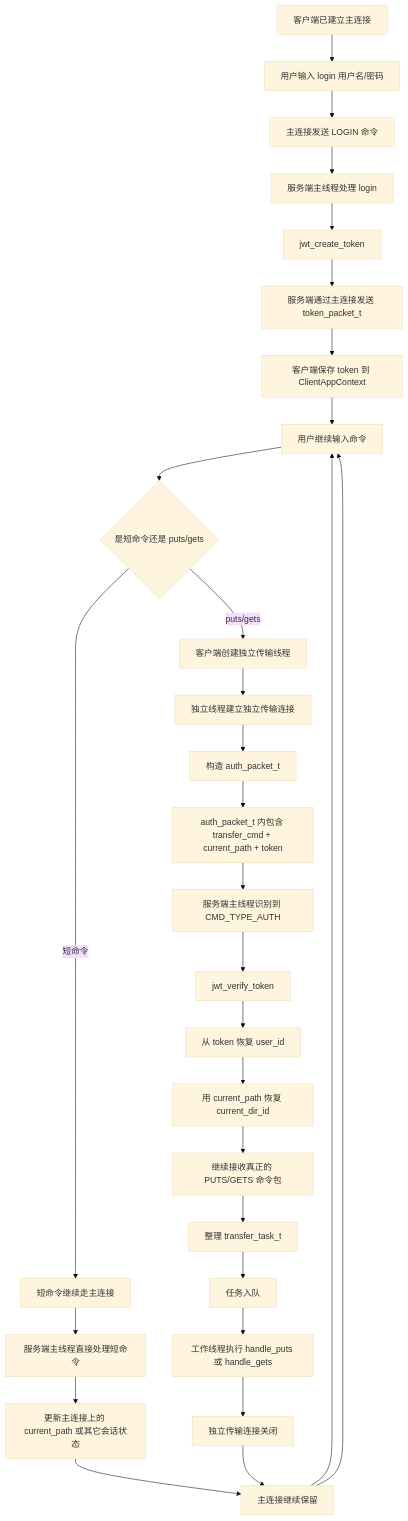
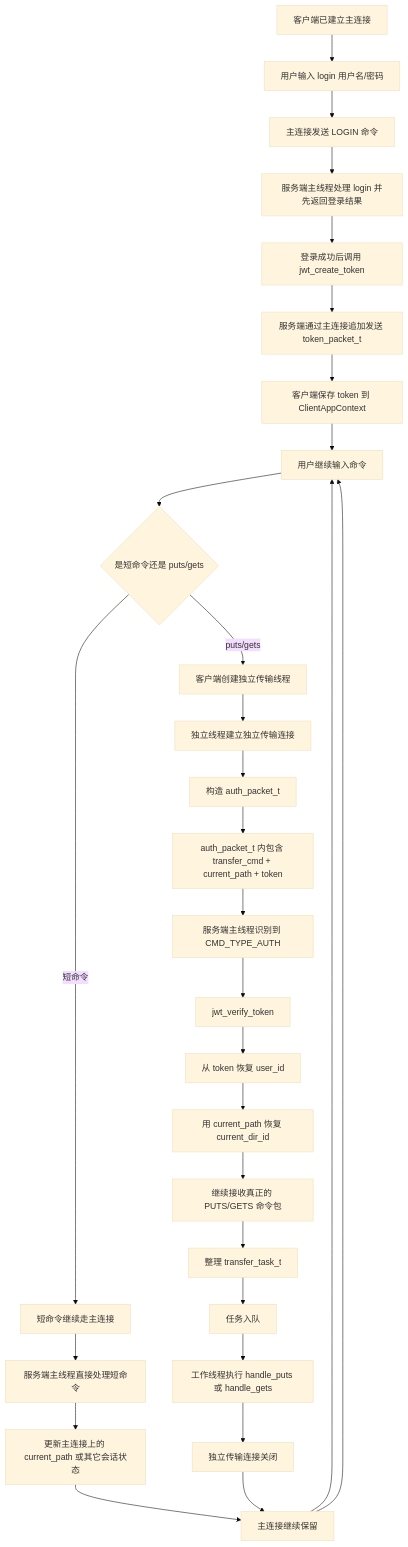
One commit to panlong-studio/WindCloud_V4 changed the first of 3 diagrams in docs/V4长短命令分离与JWT协同详解.md. Above: the diagram before and after it, drawn with Mermaid (base theme). The commit also changed other lines of this file, not shown here.

````diff
--- a/docs/V4长短命令分离与JWT协同详解.md
+++ b/docs/V4长短命令分离与JWT协同详解.md
@@ -154,35 +154,35 @@
 ```mermaid
 flowchart TD
     A0[客户端已建立主连接]
     A1[用户输入 login 用户名/密码]
     A2[主连接发送 LOGIN 命令]
-    A3[服务端主线程处理 login]
-    A4[jwt_create_token]
-    A5[服务端通过主连接发送 token_packet_t]
+    A3[服务端主线程处理 login 并先返回登录结果]
+    A4[登录成功后调用 jwt_create_token]
+    A5[服务端通过主连接追加发送 token_packet_t]
     A6[客户端保存 token 到 ClientAppContext]
     A7[用户继续输入命令]
     A8{是短命令还是 puts/gets}
 
     A9[短命令继续走主连接]
     A10[服务端主线程直接处理短命令]
     A11[更新主连接上的 current_path 或其它会话状态]
 
     A12[客户端创建独立传输线程]
     A13[独立线程建立独立传输连接]
     A14[构造 auth_packet_t]
     A15["auth_packet_t 内包含 transfer_cmd + current_path + token"]
     A16[服务端主线程识别到 CMD_TYPE_AUTH]
     A17[jwt_verify_token]
     A18[从 token 恢复 user_id]
     A19[用 current_path 恢复 current_dir_id]
     A20[继续接收真正的 PUTS/GETS 命令包]
     A21[整理 transfer_task_t]
     A22[任务入队]
     A23[工作线程执行 handle_puts 或 handle_gets]
     A24[独立传输连接关闭]
     A25[主连接继续保留]
 
     A0 --> A1 --> A2 --> A3 --> A4 --> A5 --> A6 --> A7 --> A8
     A8 -- 短命令 --> A9 --> A10 --> A11 --> A25 --> A7
     A8 -- puts/gets --> A12 --> A13 --> A14 --> A15 --> A16 --> A17 --> A18 --> A19 --> A20 --> A21 --> A22 --> A23 --> A24 --> A25 --> A7
 ```
````
